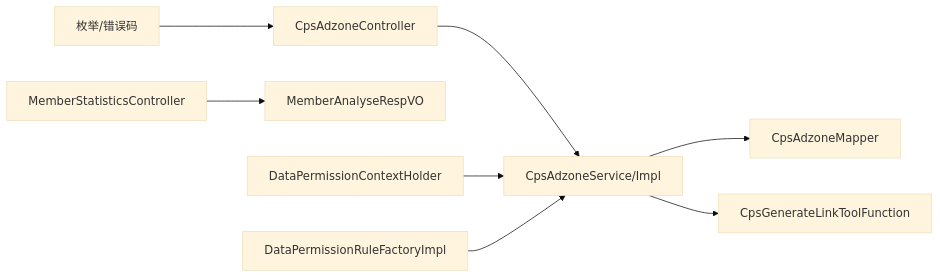
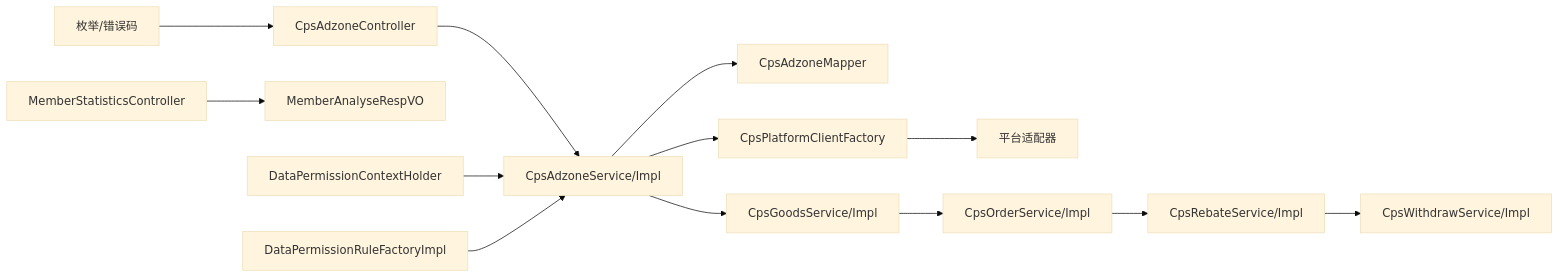
Before and after one commit to zhuangpengLI/AgenticCPS: the tenth of 10 diagrams in .qoder/repowiki/zh/content/后端服务架构/业务模块概览/CPS业务模块/推广位管理系统.md, drawn with Mermaid (base theme). The commit also changed other lines of this file and 42 other files, not shown here.

````diff
--- a/.qoder/repowiki/zh/content/后端服务架构/业务模块概览/CPS业务模块/推广位管理系统.md
+++ b/.qoder/repowiki/zh/content/后端服务架构/业务模块概览/CPS业务模块/推广位管理系统.md
@@ -367,10 +565,15 @@
 ```mermaid
 graph LR
 ENUM["枚举/错误码"] --> CTRL["CpsAdzoneController"]
 CTRL --> SVC["CpsAdzoneService/Impl"]
 SVC --> MAPPER["CpsAdzoneMapper"]
-SVC --> MCP["CpsGenerateLinkToolFunction"]
+SVC --> CLIENT["CpsPlatformClientFactory"]
+CLIENT --> ADAPTERS["平台适配器"]
+SVC --> GOODS["CpsGoodsService/Impl"]
+GOODS --> ORDER["CpsOrderService/Impl"]
+ORDER --> REBATE["CpsRebateService/Impl"]
+REBATE --> WITHDRAW["CpsWithdrawService/Impl"]
 STAT["MemberStatisticsController"] --> VO["MemberAnalyseRespVO"]
 DP_CTX["DataPermissionContextHolder"] --> SVC
 DP_RULE["DataPermissionRuleFactoryImpl"] --> SVC
 ```
````
